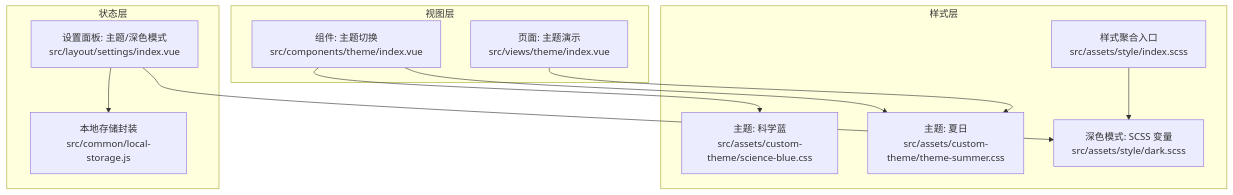
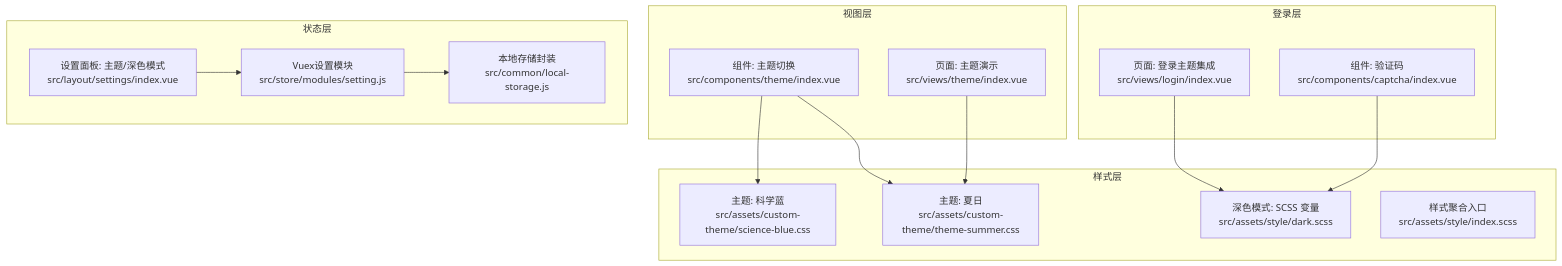
The first of 8 diagrams in .qoder/repowiki/zh/content/核心功能/系统设置/主题切换系统.md (Neveryu/vue-cms), drawn with Mermaid before and after one commit. The commit also changed other lines of this file and 25 other files, not shown here.

````diff
--- a/.qoder/repowiki/zh/content/核心功能/系统设置/主题切换系统.md
+++ b/.qoder/repowiki/zh/content/核心功能/系统设置/主题切换系统.md
@@ -46,23 +60,29 @@
 ```mermaid
 graph TB
 subgraph "视图层"
 A["组件: 主题切换<br/>src/components/theme/index.vue"]
 B["页面: 主题演示<br/>src/views/theme/index.vue"]
 end
+subgraph "登录层"
+C["页面: 登录主题集成<br/>src/views/login/index.vue"]
+D["组件: 验证码<br/>src/components/captcha/index.vue"]
+end
 subgraph "样式层"
-C["主题: 科学蓝<br/>src/assets/custom-theme/science-blue.css"]
-D["主题: 夏日<br/>src/assets/custom-theme/theme-summer.css"]
-E["深色模式: SCSS 变量<br/>src/assets/style/dark.scss"]
-F["样式聚合入口<br/>src/assets/style/index.scss"]
+E["主题: 科学蓝<br/>src/assets/custom-theme/science-blue.css"]
+F["主题: 夏日<br/>src/assets/custom-theme/theme-summer.css"]
+G["深色模式: SCSS 变量<br/>src/assets/style/dark.scss"]
+H["样式聚合入口<br/>src/assets/style/index.scss"]
 end
 subgraph "状态层"
-G["设置面板: 主题/深色模式<br/>src/layout/settings/index.vue"]
-H["本地存储封装<br/>src/common/local-storage.js"]
+I["设置面板: 主题/深色模式<br/>src/layout/settings/index.vue"]
+J["Vuex设置模块<br/>src/store/modules/setting.js"]
+K["本地存储封装<br/>src/common/local-storage.js"]
 end
-A --> C
-A --> D
-B --> D
-G --> E
-F --> E
-G --> H
+A --> E
+A --> F
+B --> F
+C --> G
+D --> G
+I --> J
+J --> K
 ```
````
